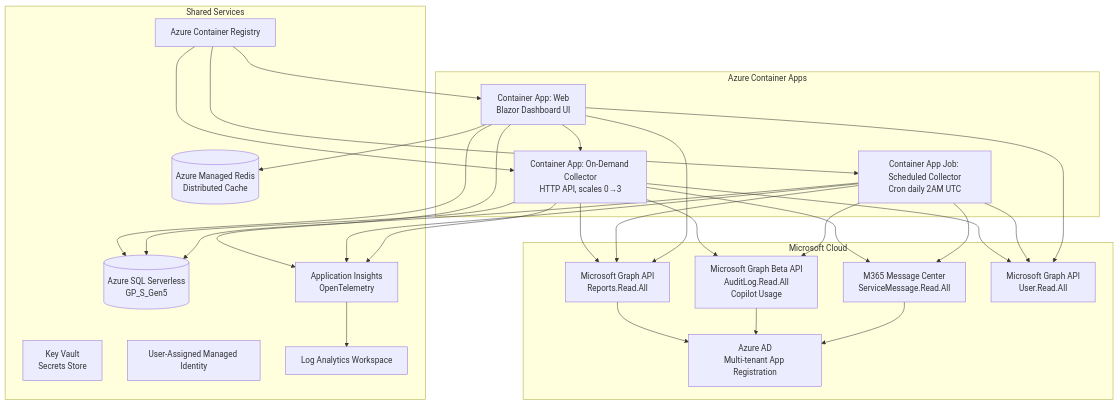
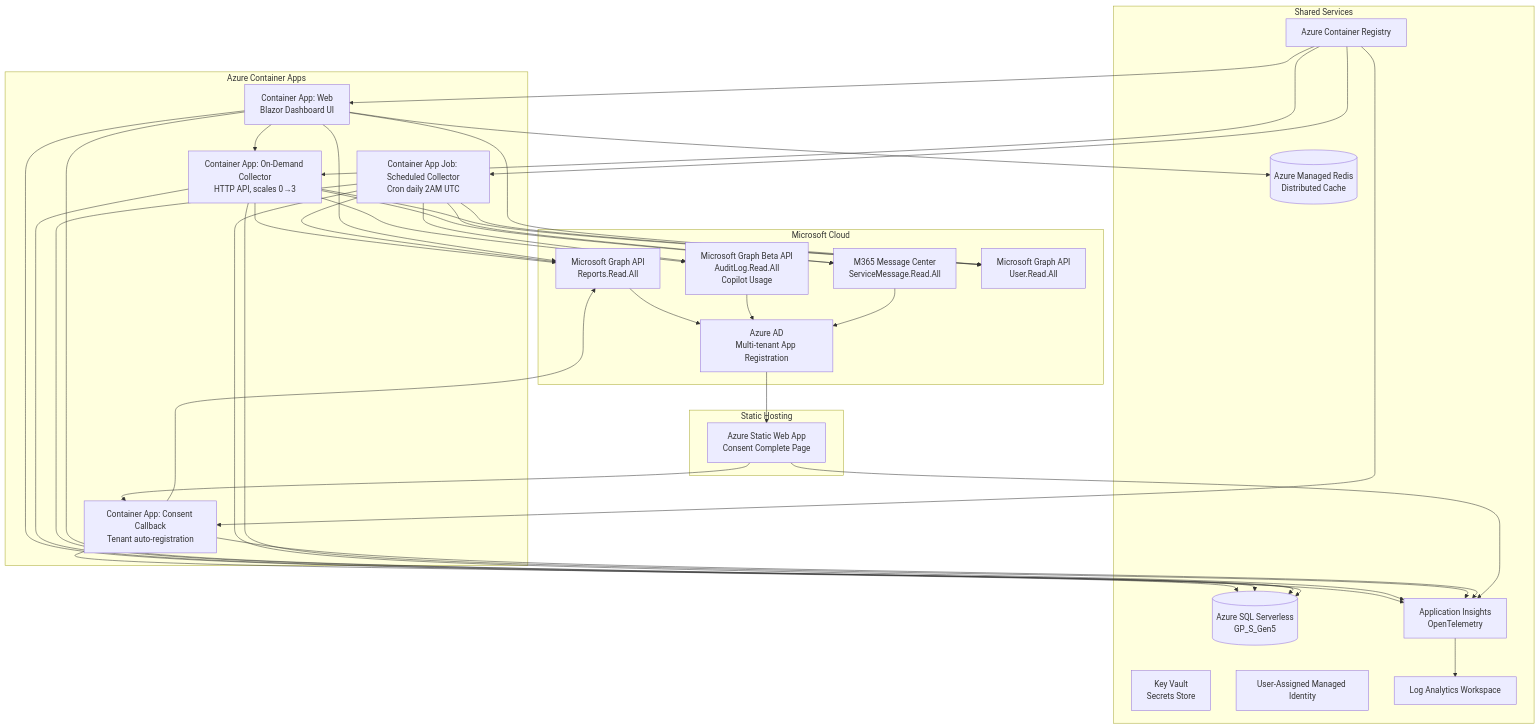
One commit to tdsnxnielsen-mikkelbach/MWDashboard changed the first of 3 diagrams in docs/architecture.md. Above: the diagram before and after it, drawn with Mermaid. The commit also changed other lines of this file and 20 other files, not shown here.

First line of the commit message:
feat: Implement automated consent flow with tenant auto-registration

````diff
--- a/docs/architecture.md
+++ b/docs/architecture.md
@@ -5,52 +5,64 @@
 ```mermaid
 graph TB
     subgraph Azure Container Apps
         Web[Container App: Web<br/>Blazor Dashboard UI]
         Collector[Container App: On-Demand Collector<br/>HTTP API, scales 0→3]
+        Consent[Container App: Consent Callback<br/>Tenant auto-registration]
         Job[Container App Job: Scheduled Collector<br/>Cron daily 2AM UTC]
+    end
+
+    subgraph Static Hosting
+        SWA[Azure Static Web App<br/>Consent Complete Page]
     end
 
     subgraph Shared Services
         SQL[(Azure SQL Serverless<br/>GP_S_Gen5)]
         Redis[(Azure Managed Redis<br/>Distributed Cache)]
         KV[Key Vault<br/>Secrets Store]
         UAMI[User-Assigned Managed Identity]
         ACR[Azure Container Registry]
         Logs[Log Analytics Workspace]
         AppInsights[Application Insights<br/>OpenTelemetry]
     end
 
     subgraph Microsoft Cloud
         Graph[Microsoft Graph API<br/>Reports.Read.All]
         GraphBeta[Microsoft Graph Beta API<br/>AuditLog.Read.All<br/>Copilot Usage]
         AAD[Azure AD<br/>Multi-tenant App Registration]
         MsgCenter[M365 Message Center<br/>ServiceMessage.Read.All]
         UsersApi[Microsoft Graph API<br/>User.Read.All]
     end
 
     Web --> SQL
     Web --> Redis
     Web --> Collector
     Collector --> SQL
     Collector --> Graph
     Collector --> GraphBeta
     Collector --> MsgCenter
     Collector --> UsersApi
+    Consent --> SQL
+    Consent --> Graph
+    SWA --> Consent
     Job --> SQL
     Job --> Graph
     Job --> GraphBeta
     Job --> MsgCenter
     Job --> UsersApi
     Web --> Graph
     Web --> UsersApi
     Graph --> AAD
     GraphBeta --> AAD
     MsgCenter --> AAD
+    AAD --> SWA
     ACR --> Web
     ACR --> Job
     ACR --> Collector
+    ACR --> Consent
     Web --> AppInsights
     Job --> AppInsights
     Collector --> AppInsights
+    Consent --> AppInsights
+    SWA --> AppInsights
     AppInsights --> Logs
 ```
````
